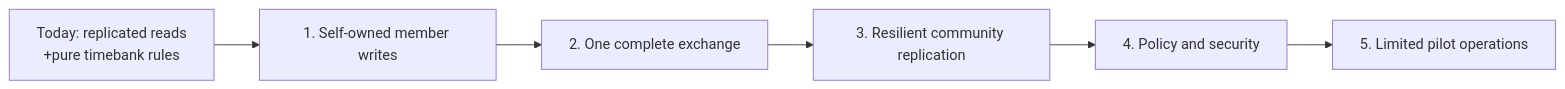
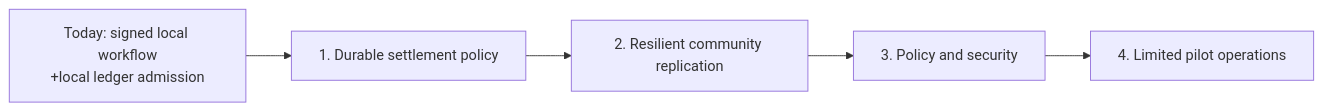
One commit to matthewlovestocode/peer-hours changed the first of 2 diagrams in docs/production-roadmap.md. Above: the diagram before and after it, drawn with Mermaid. The commit also changed other lines of this file and 33 other files, not shown here.

Commit message:
Complete local settlement workflow

````diff
--- a/docs/production-roadmap.md
+++ b/docs/production-roadmap.md
@@ -9,8 +9,7 @@
 ```mermaid
 flowchart LR
-    A["Today: replicated reads\n+pure timebank rules"] --> B["1. Self-owned member writes"]
-    B --> C["2. One complete exchange"]
-    C --> D["3. Resilient community replication"]
-    D --> E["4. Policy and security"]
-    E --> F["5. Limited pilot operations"]
+    A["Today: signed local workflow\n+local ledger admission"] --> B["1. Durable settlement policy"]
+    B --> C["2. Resilient community replication"]
+    C --> D["3. Policy and security"]
+    D --> E["4. Limited pilot operations"]
 ```
````
